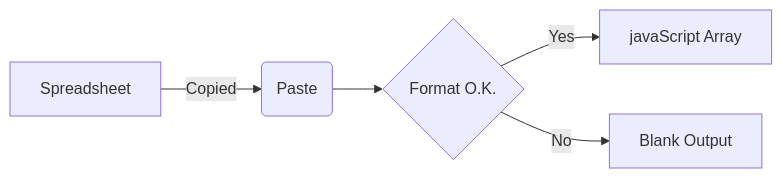
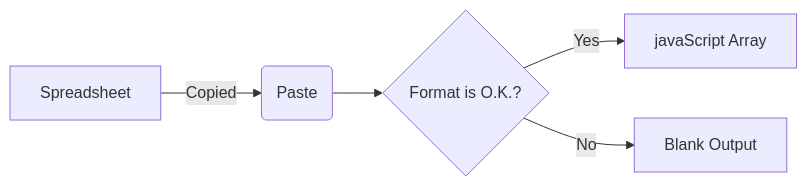
Before and after one commit to Kietpawpan/sheetToArray: the diagram in README.md, drawn with Mermaid.

````diff
--- a/README.md
+++ b/README.md
@@ -46,8 +46,8 @@
 ```mermaid
 flowchart LR
 
 A[Spreadsheet] -->|Copied| B(Paste)
-B --> C{Format O.K.}
+B --> C{Format is O.K.?}
 C -->|Yes| D[javaScript Array]
 C -->|No| E[Blank Output]
 ```
````
